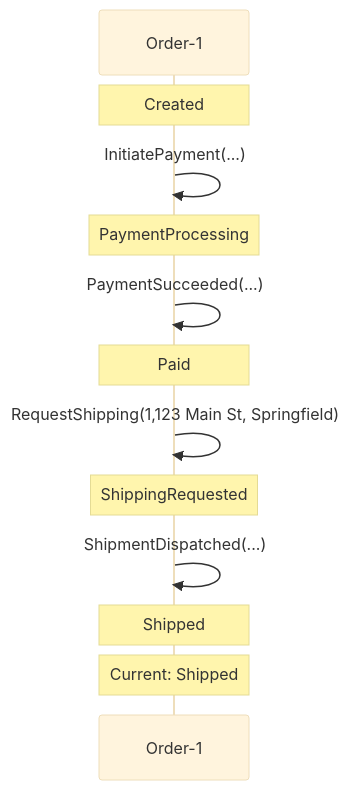
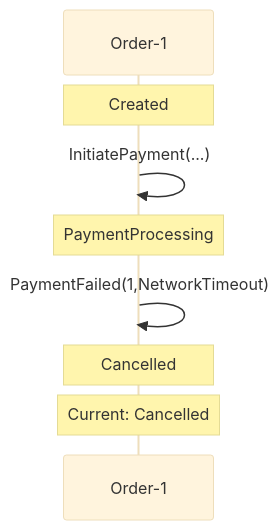
Before and after one commit to Iterable/mechanoid: the first of 2 diagrams in docs/visualizations/order-1-trace.md, drawn with Mermaid (base theme). The commit also changed other lines of this file and 10 other files, not shown here.

````diff
--- a/docs/visualizations/order-1-trace.md
+++ b/docs/visualizations/order-1-trace.md
@@ -56,14 +7,11 @@
 ```mermaid
 sequenceDiagram
     participant FSM as Order-1
     Note over FSM: Created
     FSM->>FSM: InitiatePayment(...)
     Note over FSM: PaymentProcessing
-    FSM->>FSM: PaymentSucceeded(...)
-    Note over FSM: Paid
-    FSM->>FSM: RequestShipping(1,123 Main St, Springfield)
-    Note over FSM: ShippingRequested
-    FSM->>FSM: ShipmentDispatched(...)
-    Note over FSM: Shipped
-    Note over FSM: Current: Shipped
+    FSM->>FSM: PaymentFailed(1,NetworkTimeout)
+    Note over FSM: Cancelled
+    Note over FSM: Current: Cancelled
+
 ```
````
